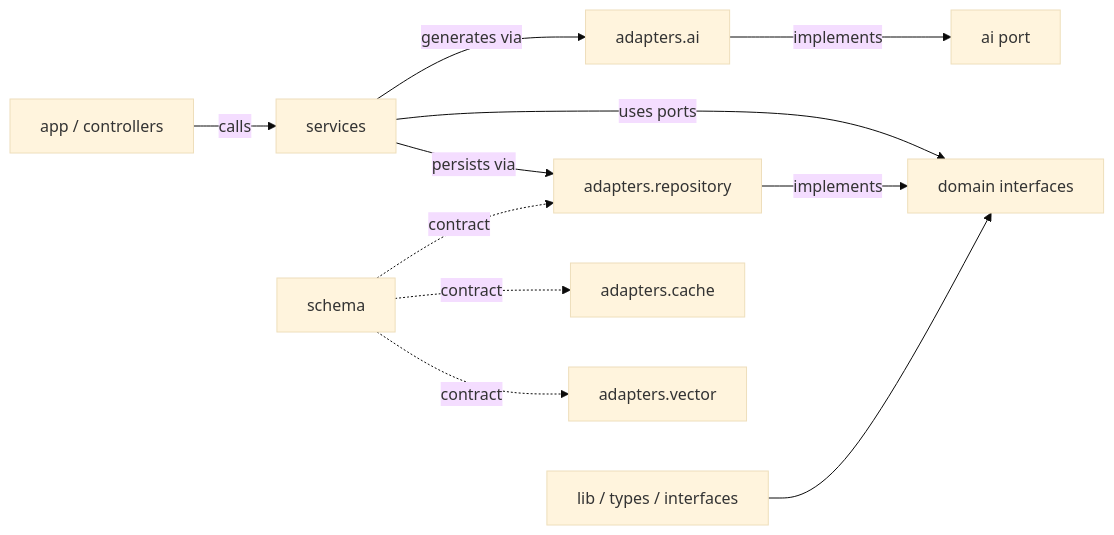
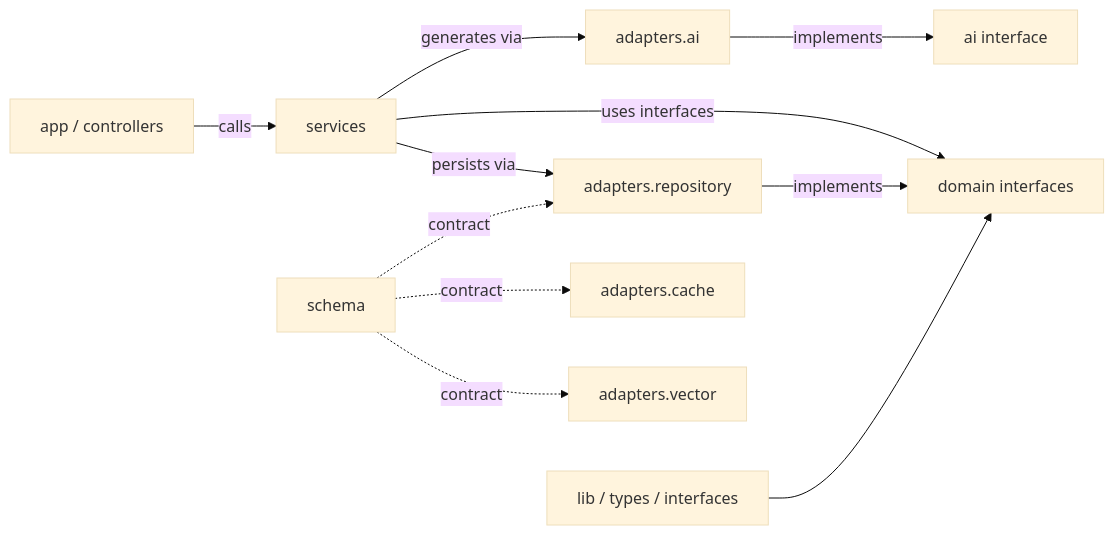
Before and after one commit to Glitch-guy0/chaiGPT: the second of 2 diagrams in _bmad-output/planning-artifacts/01-package.md, drawn with Mermaid (base theme). The commit also changed other lines of this file and 7 other files, not shown here.

Commit message:
checking uml diagrams

````diff
--- a/_bmad-output/planning-artifacts/01-package.md
+++ b/_bmad-output/planning-artifacts/01-package.md
@@ -70,13 +184,13 @@
 ```mermaid
 flowchart LR
-    A[app / controllers] -->|calls| B[services]
-    B -->|uses ports| C[domain interfaces]
-    B -->|persists via| D[adapters.repository]
-    B -->|generates via| E[adapters.ai]
+    A["app / controllers"] -->|calls| B["services"]
+    B -->|uses interfaces| C["domain interfaces"]
+    B -->|persists via| D["adapters.repository"]
+    B -->|generates via| E["adapters.ai"]
     D -->|implements| C
-    E -->|implements| F[ai port]
-    G[lib / types / interfaces] --> C
-    H[schema] -.contract.-> D
-    H -.contract.-> I[adapters.cache]
-    H -.contract.-> J[adapters.vector]
+    E -->|implements| F["ai interface"]
+    G["lib / types / interfaces"] --> C
+    H["schema"] -.contract.-> D
+    H -.contract.-> I["adapters.cache"]
+    H -.contract.-> J["adapters.vector"]
 ```
````
